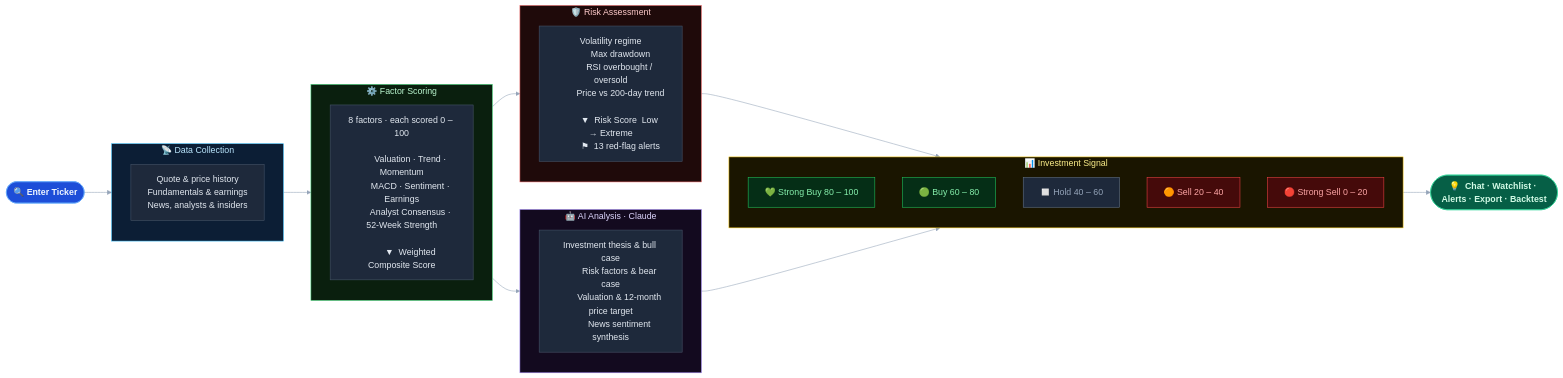
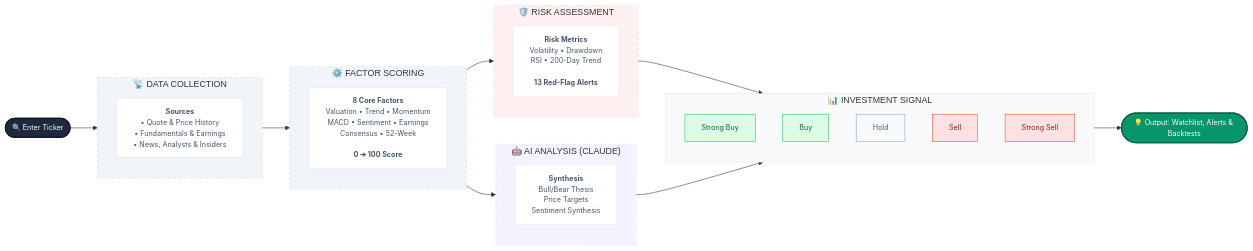
The diagram in README.md (pcjtse/jaja-money), drawn with Mermaid before and after one commit.

Commit message:
Update analysis workflow diagram in README

````diff
--- a/README.md
+++ b/README.md
@@ -39,67 +39,60 @@
 ```mermaid
-%%{init: {'theme': 'base', 'themeVariables': {'primaryColor': '#1e293b', 'primaryTextColor': '#e2e8f0', 'primaryBorderColor': '#475569', 'lineColor': '#94a3b8', 'secondaryColor': '#0f172a', 'tertiaryColor': '#1e293b', 'background': '#0f172a', 'mainBkg': '#1e293b', 'nodeBorder': '#475569', 'clusterBkg': '#0f172a', 'clusterBorder': '#334155', 'titleColor': '#e2e8f0', 'edgeLabelBackground': '#1e293b', 'fontFamily': 'ui-monospace,monospace'}}}%%
 flowchart LR
-    classDef start  fill:#1d4ed8,stroke:#60a5fa,color:#eff6ff,font-weight:bold
-    classDef finish fill:#065f46,stroke:#34d399,color:#d1fae5,font-weight:bold
-    classDef buy    fill:#052e16,stroke:#22c55e,color:#86efac
-    classDef hold   fill:#1e293b,stroke:#64748b,color:#94a3b8
-    classDef sell   fill:#450a0a,stroke:#ef4444,color:#fca5a5
+    %% Global Styles
+    classDef default font-family:Inter,sans-serif,font-size:13px;
+    
+    %% Specific Node Classes
+    classDef start fill:#1e293b,stroke:#0f172a,color:#fff,stroke-width:2px;
+    classDef finish fill:#059669,stroke:#065f46,color:#fff,stroke-width:2px;
+    classDef step fill:#ffffff,stroke:#e2e8f0,color:#475569,stroke-width:1px;
+    
+    classDef buy fill:#dcfce7,stroke:#22c55e,color:#166534,stroke-width:1px;
+    classDef hold fill:#f8fafc,stroke:#94a3b8,color:#475569,stroke-width:1px;
+    classDef sell fill:#fee2e2,stroke:#ef4444,color:#991b1b,stroke-width:1px;
 
-    START(["🔍  Enter Ticker"]):::start
+    %% Diagram Nodes
+    START(["🔍 Enter Ticker"]):::start
 
-    subgraph D ["📡  Data Collection"]
-        D1["Quote & price history
-        Fundamentals & earnings
-        News, analysts & insiders"]
+    subgraph D ["&nbsp;&nbsp;📡  DATA COLLECTION&nbsp;&nbsp;"]
+        D1["<b>Sources</b><br/>• Quote & Price History<br/>• Fundamentals & Earnings<br/>• News, Analysts & Insiders"]:::step
     end
 
-    subgraph F ["⚙️  Factor Scoring"]
-        F1["8 factors · each scored 0 – 100
-
-        Valuation · Trend · Momentum
-        MACD · Sentiment · Earnings
-        Analyst Consensus · 52-Week Strength
-
-        ▼  Weighted Composite Score"]
+    subgraph F ["&nbsp;&nbsp;⚙️  FACTOR SCORING&nbsp;&nbsp;"]
+        F1["<b>8 Core Factors</b><br/>Valuation • Trend • Momentum<br/>MACD • Sentiment • Earnings<br/>Consensus • 52-Week<br/><br/><b>0 ➔ 100 Score</b>"]:::step
     end
 
-    subgraph R ["🛡️  Risk Assessment"]
-        R1["Volatility regime
-        Max drawdown
-        RSI overbought / oversold
-        Price vs 200-day trend
-
-        ▼  Risk Score  Low → Extreme
-        ⚑  13 red-flag alerts"]
+    subgraph R ["&nbsp;&nbsp;🛡️  RISK ASSESSMENT&nbsp;&nbsp;"]
+        R1["<b>Risk Metrics</b><br/>Volatility • Drawdown<br/>RSI • 200-Day Trend<br/><br/><b>13 Red-Flag Alerts</b>"]:::step
     end
 
-    subgraph AI ["🤖  AI Analysis  ·  Claude"]
-        AI1["Investment thesis & bull case
-        Risk factors & bear case
-        Valuation & 12-month price target
-        News sentiment synthesis"]
+    subgraph AI ["&nbsp;&nbsp;🤖  AI ANALYSIS (CLAUDE)&nbsp;&nbsp;"]
+        AI1["<b>Synthesis</b><br/>Bull/Bear Thesis<br/>Price Targets<br/>Sentiment Synthesis"]:::step
     end
 
-    subgraph SIG ["📊  Investment Signal"]
-        S1["💚  Strong Buy    80 – 100"]:::buy
-        S2["🟢  Buy           60 – 80"]:::buy
-        S3["◻️   Hold          40 – 60"]:::hold
-        S4["🟠  Sell          20 – 40"]:::sell
-        S5["🔴  Strong Sell    0 – 20"]:::sell
+    subgraph SIG ["&nbsp;&nbsp;📊  INVESTMENT SIGNAL&nbsp;&nbsp;"]
+        direction TB
+        S1["Strong Buy"]:::buy
+        S2["Buy"]:::buy
+        S3["Hold"]:::hold
+        S4["Sell"]:::sell
+        S5["Strong Sell"]:::sell
     end
 
-    END(["💡  Chat · Watchlist · Alerts · Export · Backtest"]):::finish
+    END(["💡 Output: Watchlist, Alerts & Backtests"]):::finish
 
-    START --> D --> F
-    F      --> R
-    F      --> AI
-    R      --> SIG
-    AI     --> SIG
-    SIG    --> END
+    %% Connections
+    START --> D
+    D --> F
+    F --> R
+    F --> AI
+    R --> SIG
+    AI --> SIG
+    SIG --> END
 
-    style D   fill:#0c1e35,stroke:#38bdf8,color:#bae6fd
-    style F   fill:#0a1f0e,stroke:#4ade80,color:#bbf7d0
-    style R   fill:#1f0a0a,stroke:#f87171,color:#fecaca
-    style AI  fill:#130a1f,stroke:#a78bfa,color:#ddd6fe
-    style SIG fill:#1a1500,stroke:#facc15,color:#fef08a
+    %% Subgraph Styling
+    style D fill:#f1f5f9,stroke:#cbd5e1,stroke-dasharray: 5 5
+    style F fill:#f1f5f9,stroke:#cbd5e1,stroke-dasharray: 5 5
+    style R fill:#fff1f2,stroke:#fecaca,stroke-dasharray: 5 5
+    style AI fill:#f5f3ff,stroke:#ddd6fe,stroke-dasharray: 5 5
+    style SIG fill:#f8fafc,stroke:#e2e8f0
 ```
````
